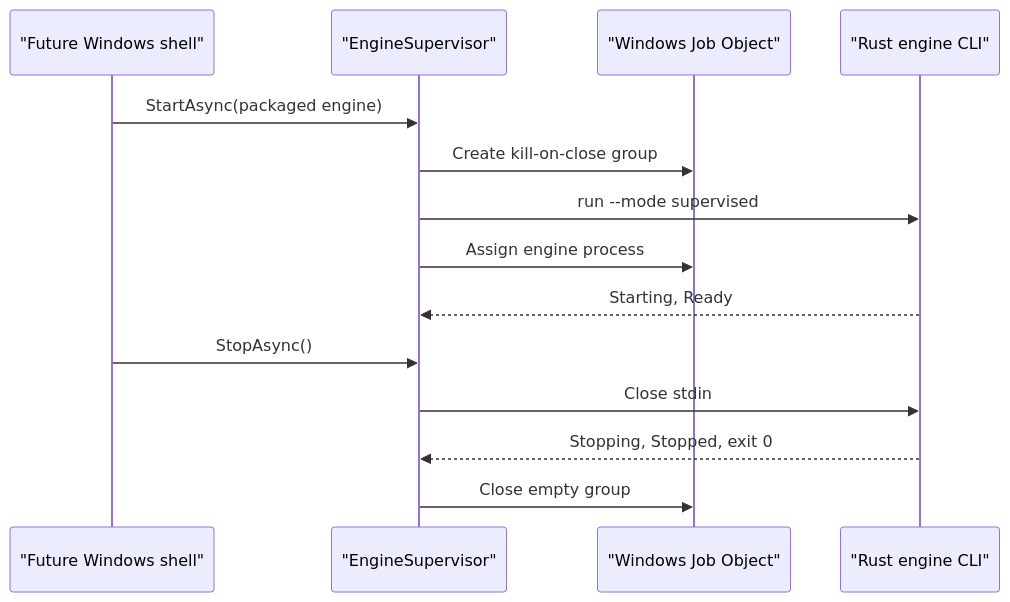
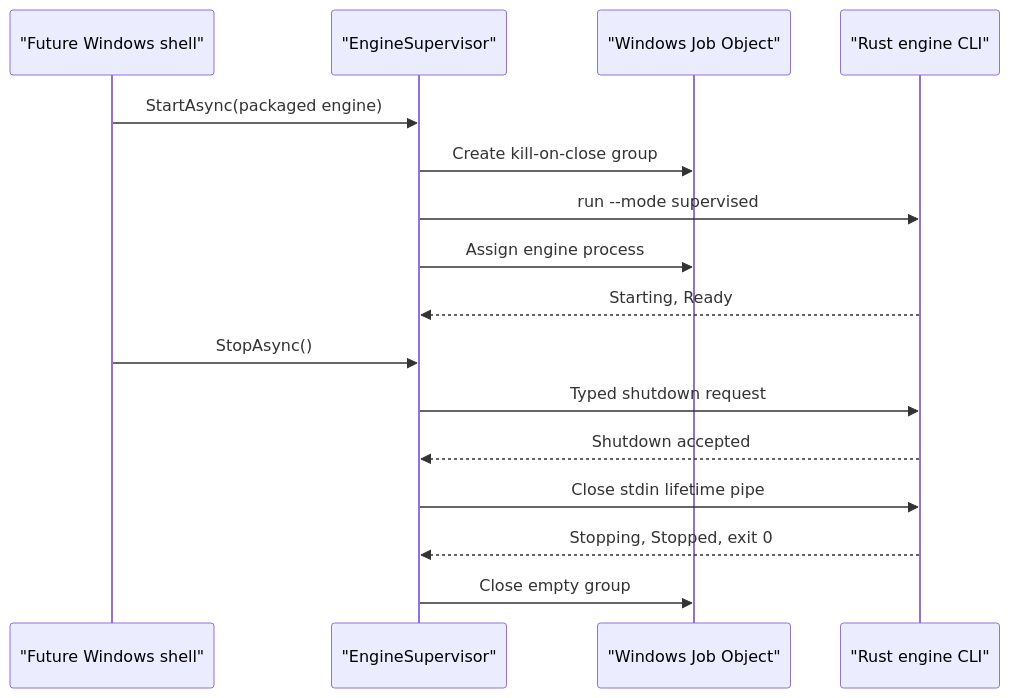
One commit to HusseinBaraja/Eitmad changed the diagram in docs/developer/subsystems/windows-process-supervision.md. Above: the diagram before and after it, drawn with Mermaid. The commit also changed other lines of this file and 12 other files, not shown here.

````diff
--- a/docs/developer/subsystems/windows-process-supervision.md
+++ b/docs/developer/subsystems/windows-process-supervision.md
@@ -35,16 +36,18 @@
 ```mermaid
 sequenceDiagram
     participant Shell as "Future Windows shell"
     participant Supervisor as "EngineSupervisor"
     participant Job as "Windows Job Object"
     participant Engine as "Rust engine CLI"
     Shell->>Supervisor: StartAsync(packaged engine)
     Supervisor->>Job: Create kill-on-close group
     Supervisor->>Engine: run --mode supervised
     Supervisor->>Job: Assign engine process
     Engine-->>Supervisor: Starting, Ready
     Shell->>Supervisor: StopAsync()
-    Supervisor->>Engine: Close stdin
+    Supervisor->>Engine: Typed shutdown request
+    Engine-->>Supervisor: Shutdown accepted
+    Supervisor->>Engine: Close stdin lifetime pipe
     Engine-->>Supervisor: Stopping, Stopped, exit 0
     Supervisor->>Job: Close empty group
 ```
````
